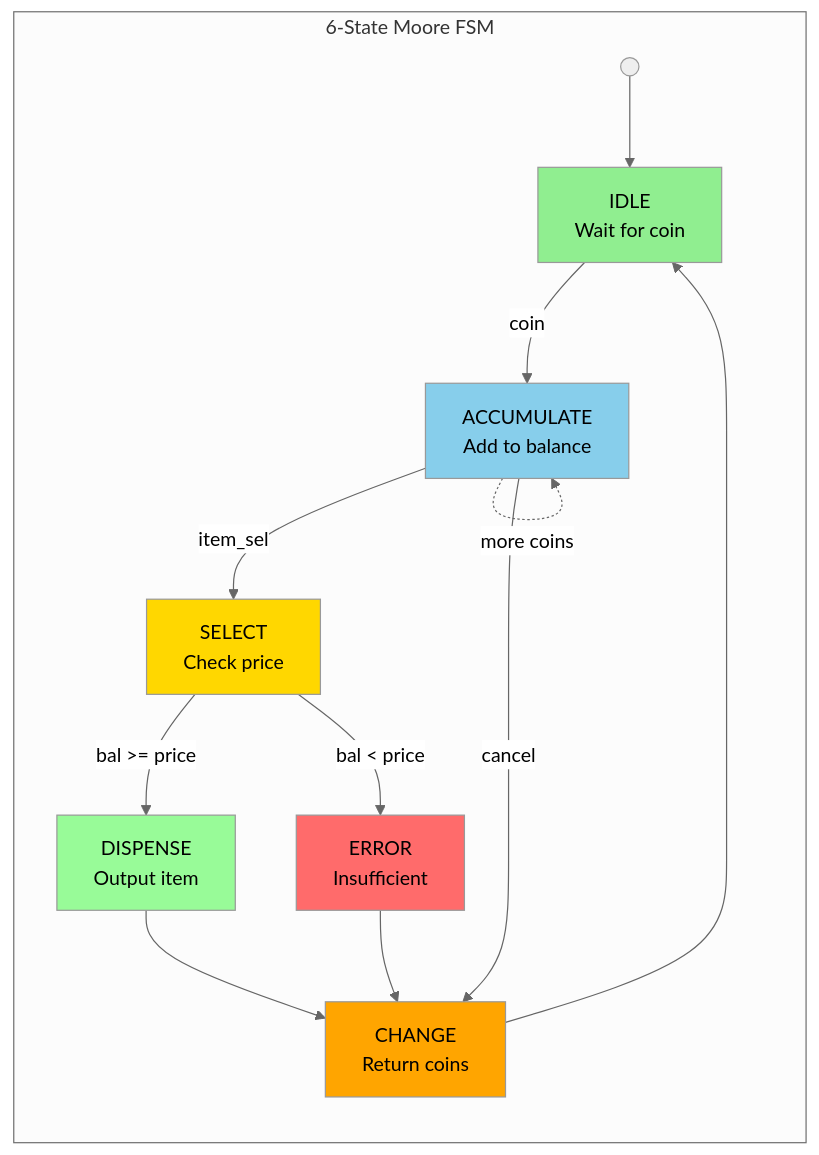
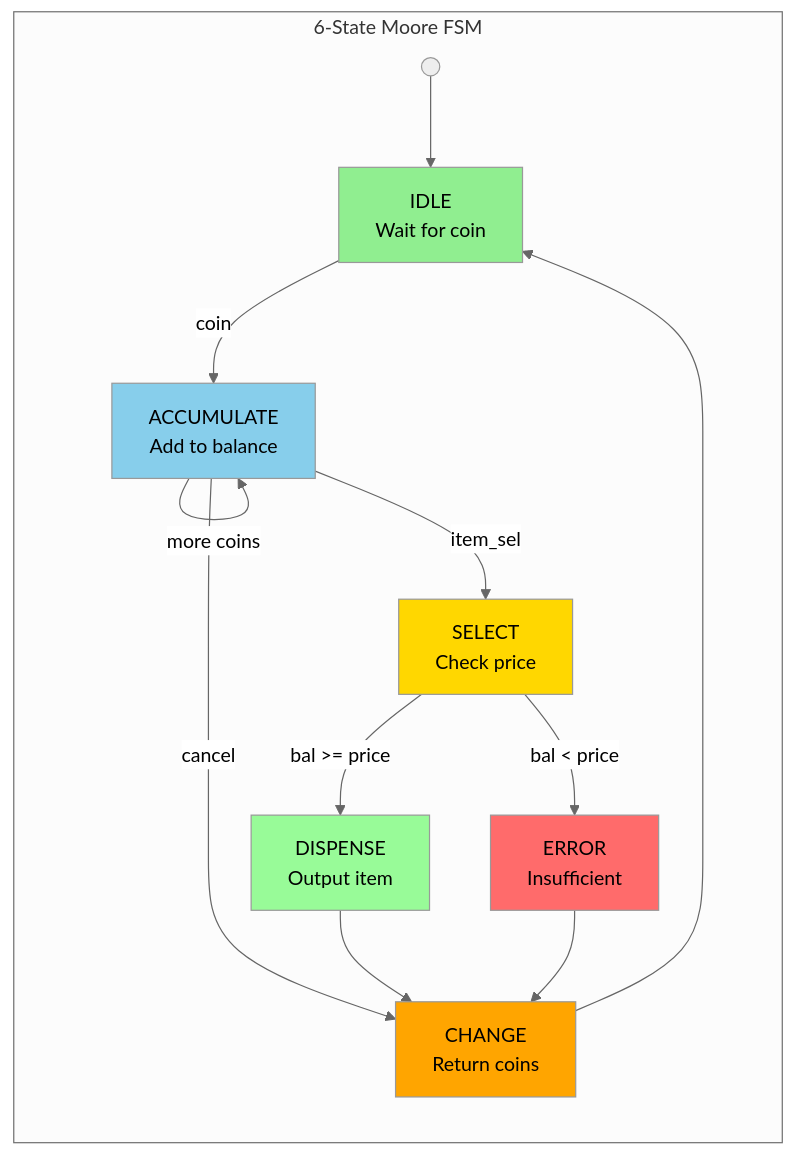
Before and after one commit to duytan1412/FPGA-PYNQ-Z2-Labs: the diagram in 04_Vending_Machine/README.md, drawn with Mermaid (neutral theme). The commit also changed 1 other file, not shown here.

Commit message:
docs: refine Mermaid FSM diagram layout for better GitHub rendering

````diff
--- a/04_Vending_Machine/README.md
+++ b/04_Vending_Machine/README.md
@@ -68,24 +68,23 @@
 ```mermaid
-flowchart LR
+flowchart TB
     subgraph FSM["6-State Moore FSM"]
         direction TB
         START(( )) --> IDLE
         IDLE[IDLE<br/>Wait for coin] -->|coin| ACCUMULATE
         ACCUMULATE[ACCUMULATE<br/>Add to balance] -->|item_sel| SELECT
+        ACCUMULATE -->|more coins| ACCUMULATE
         ACCUMULATE -->|cancel| CHANGE
         SELECT[SELECT<br/>Check price] -->|bal >= price| DISPENSE
         SELECT -->|bal < price| ERROR
         DISPENSE[DISPENSE<br/>Output item] --> CHANGE
         ERROR[ERROR<br/>Insufficient] --> CHANGE
         CHANGE[CHANGE<br/>Return coins] --> IDLE
     end
-    
-    ACCUMULATE -.->|more coins| ACCUMULATE
 
     style IDLE fill:#90EE90
     style ACCUMULATE fill:#87CEEB
     style SELECT fill:#FFD700
     style DISPENSE fill:#98FB98
     style CHANGE fill:#FFA500
     style ERROR fill:#FF6B6B
 ```
````
